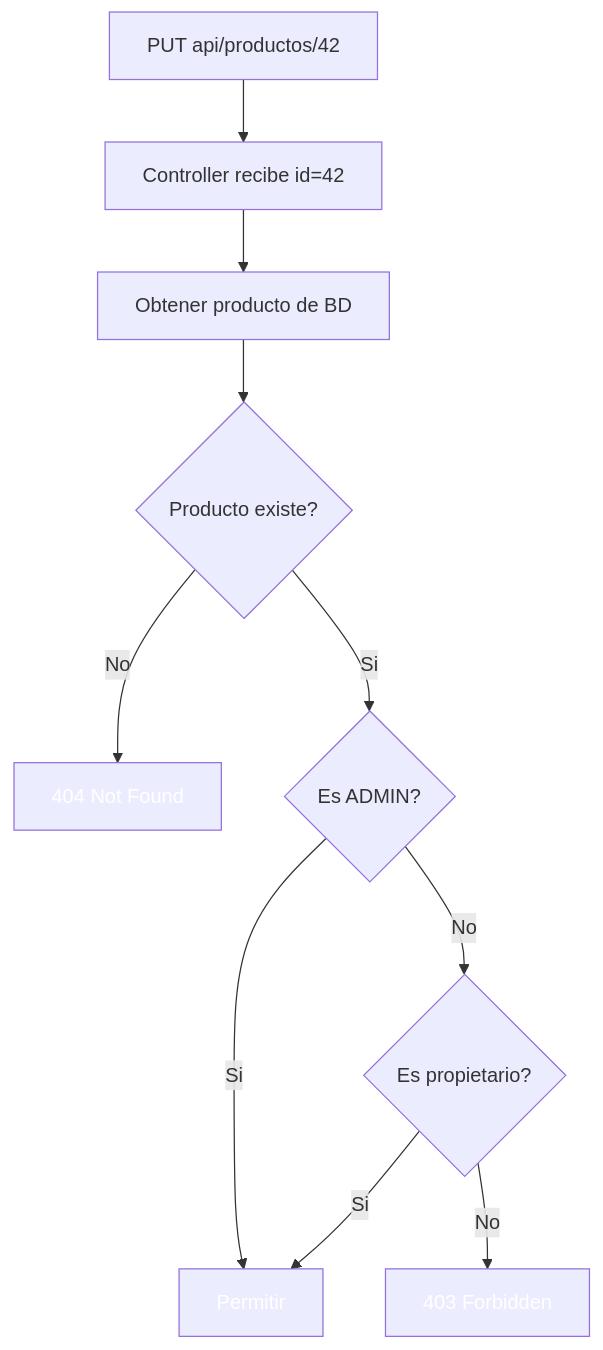
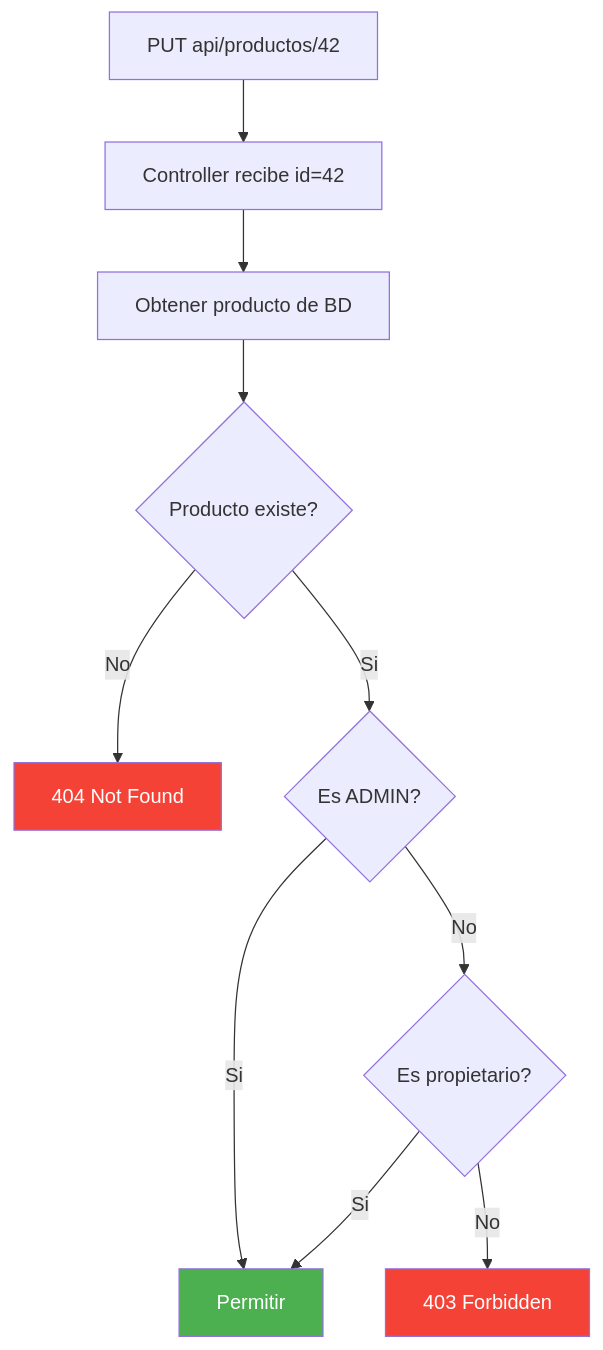
Diagram 12 of 14 in 17-autorizacion.md (joseluisgs/DesarrolloWebEntornosServidor-02-2026-2027), drawn with Mermaid before and after one commit. The commit also changed other lines of this file and 29 other files, not shown here.

Commit message:
docs: corregir estilos Mermaid y estilo, quitar referencias a la Tienda y reestructurar los retos 13 y 15

````diff
--- a/17-autorizacion.md
+++ b/17-autorizacion.md
@@ -1097,16 +1097,16 @@
 ```mermaid
 flowchart TD
     A["PUT api/productos/42"] --> B["Controller recibe id=42"]
     B --> C["Obtener producto de BD"]
     C --> D{"Producto existe?"}
     D -->|No| E["404 Not Found"]
     D -->|Si| F{"Es ADMIN?"}
     F -->|Si| G["Permitir"]
     F -->|No| H{"Es propietario?"}
     H -->|Si| G
     H -->|No| I["403 Forbidden"]
 
-    style E fill:#f4433,color:#fff6,color:#fff
-    style G fill:#4CAF5,color:#fff0,color:#fff
-    style I fill:#f4433,color:#fff6,color:#fff
+    style E fill:#f44336,color:#fff
+    style G fill:#4CAF50,color:#fff
+    style I fill:#f44336,color:#fff
 ```
````
